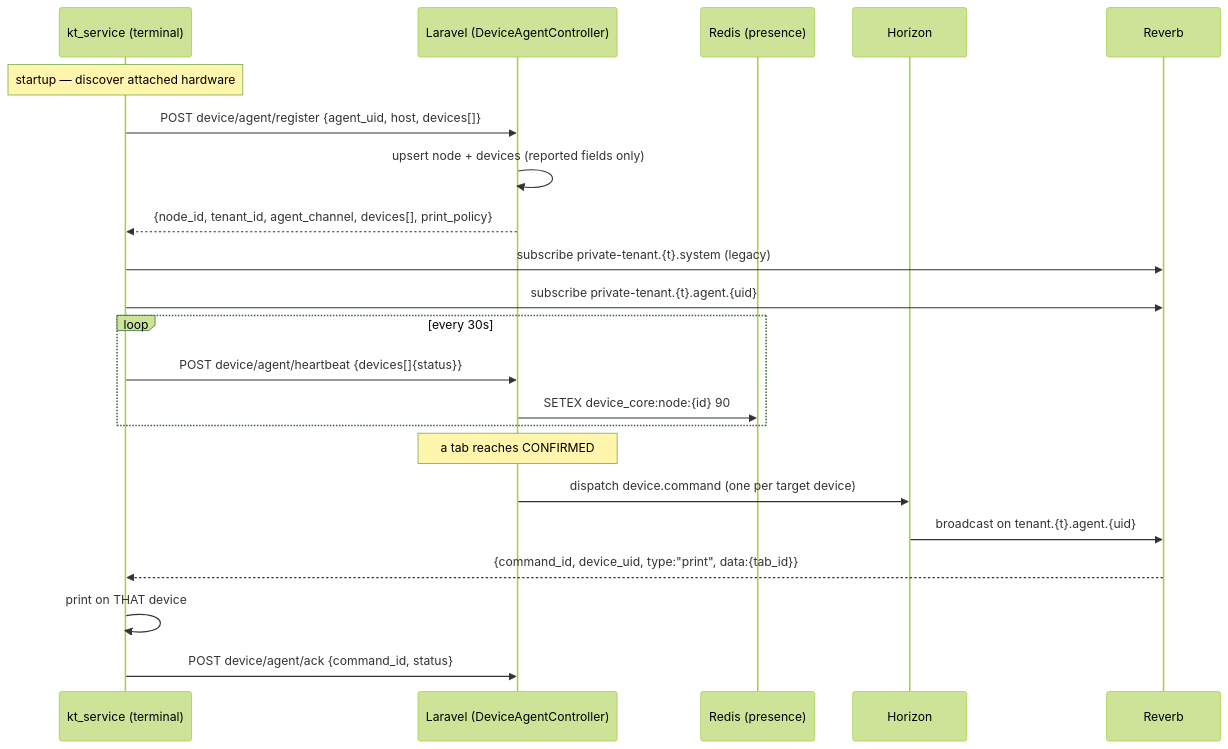
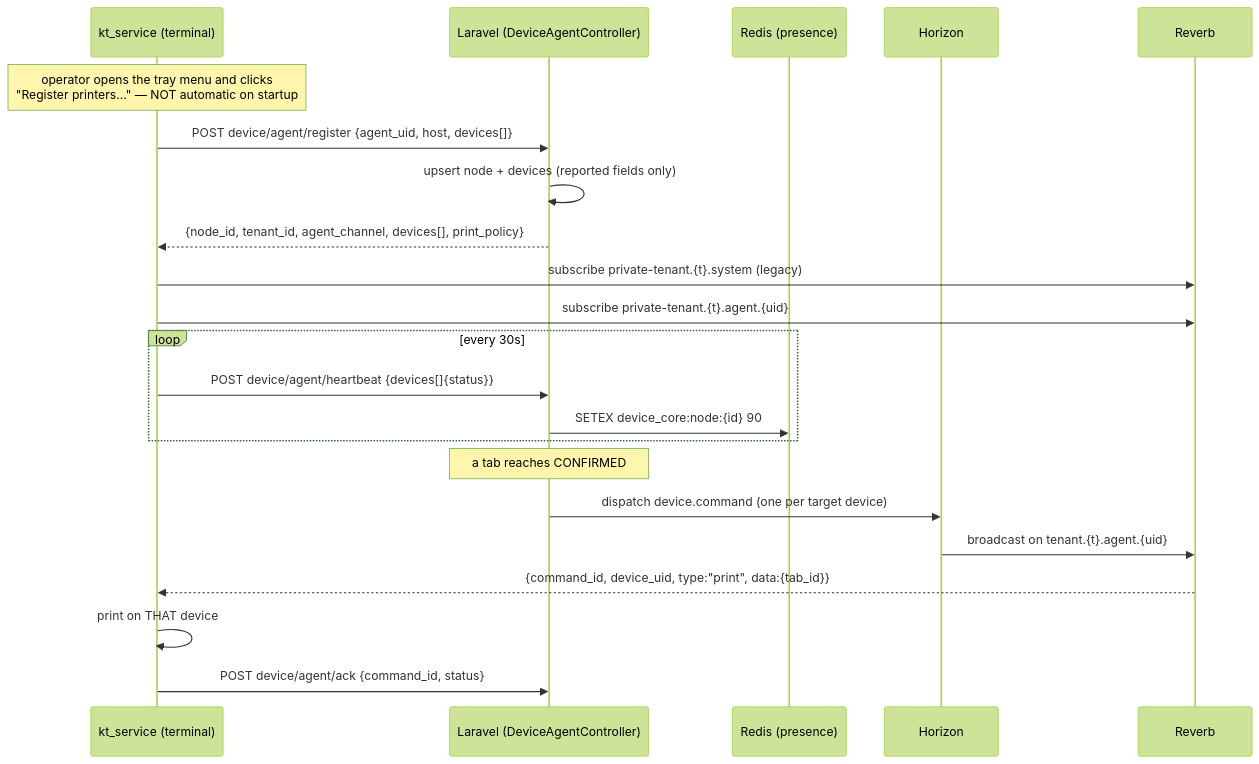
One commit to kitchntabs/kitchntabs.github.io changed the fourth of 6 diagrams in docs/FEATURES/SYSTEM-DEVICES-FEATUE.md. Above: the diagram before and after it, drawn with Mermaid (forest theme). The commit also changed other lines of this file, not shown here.

````diff
--- a/docs/FEATURES/SYSTEM-DEVICES-FEATUE.md
+++ b/docs/FEATURES/SYSTEM-DEVICES-FEATUE.md
@@ -253,28 +253,28 @@
 ```mermaid
 sequenceDiagram
     participant AG as kt_service (terminal)
     participant API as Laravel (DeviceAgentController)
     participant R as Redis (presence)
     participant Q as Horizon
     participant RV as Reverb
 
-    Note over AG: startup — discover attached hardware
+    Note over AG: operator opens the tray menu and clicks<br/>"Register printers…" — NOT automatic on startup
     AG->>API: POST device/agent/register {agent_uid, host, devices[]}
     API->>API: upsert node + devices (reported fields only)
     API-->>AG: {node_id, tenant_id, agent_channel, devices[], print_policy}
 
     AG->>RV: subscribe private-tenant.{t}.system   (legacy)
     AG->>RV: subscribe private-tenant.{t}.agent.{uid}
 
     loop every 30s
         AG->>API: POST device/agent/heartbeat {devices[]{status}}
         API->>R: SETEX device_core:node:{id} 90
     end
 
     Note over API: a tab reaches CONFIRMED
     API->>Q: dispatch device.command (one per target device)
     Q->>RV: broadcast on tenant.{t}.agent.{uid}
     RV-->>AG: {command_id, device_uid, type:"print", data:{tab_id}}
     AG->>AG: print on THAT device
     AG->>API: POST device/agent/ack {command_id, status}
 ```
````
